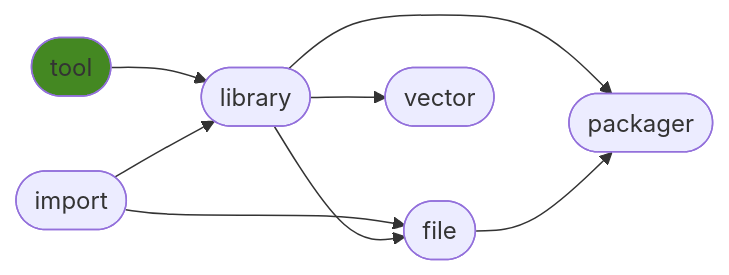
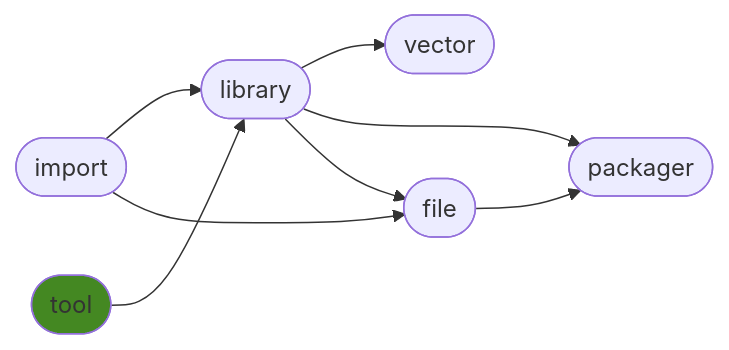
Before and after one commit to ManderaGeneral/generaltool: the diagram in README.md, drawn with Mermaid. The commit also changed other lines of this file, not shown here.

````diff
--- a/README.md
+++ b/README.md
@@ -23,17 +23,17 @@
 ```mermaid
 flowchart LR
-2([library]) --> 5([packager])
+3([file]) --> 5([packager])
 1([tool]) --> 2([library])
 2([library]) --> 4([vector])
+0([import]) --> 2([library])
+2([library]) --> 5([packager])
+2([library]) --> 3([file])
 0([import]) --> 3([file])
-2([library]) --> 3([file])
-3([file]) --> 5([packager])
-0([import]) --> 2([library])
 click 0 "https://github.com/ManderaGeneral/generalimport"
 click 1 "https://github.com/ManderaGeneral/generaltool"
 click 2 "https://github.com/ManderaGeneral/generallibrary"
 click 3 "https://github.com/ManderaGeneral/generalfile"
 click 4 "https://github.com/ManderaGeneral/generalvector"
 click 5 "https://github.com/ManderaGeneral/generalpackager"
 style 1 fill:#482
 ```
````
